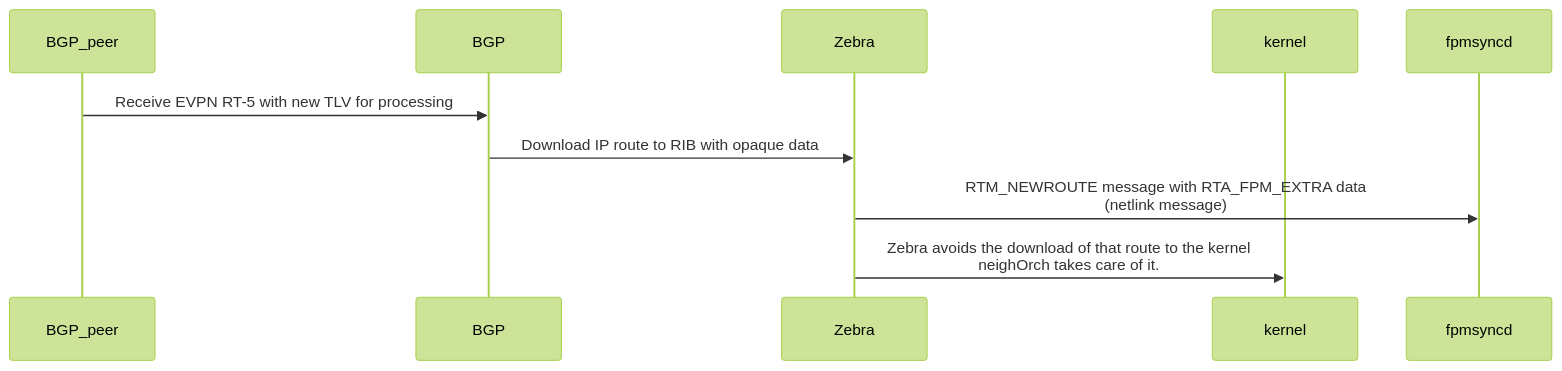
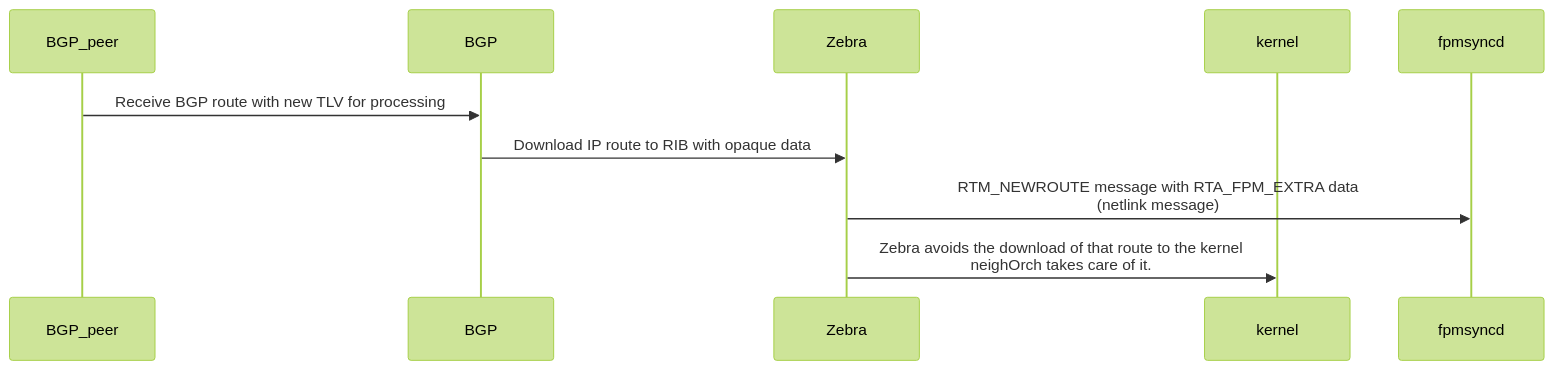
One commit to sonic-net/SONiC changed the second of 3 diagrams in doc/voq/dynamic_host_hld.md. Above: the diagram before and after it, drawn with Mermaid (forest theme). The commit also changed other lines of this file, not shown here.

````diff
--- a/doc/voq/dynamic_host_hld.md
+++ b/doc/voq/dynamic_host_hld.md
@@ -434,13 +396,13 @@
 ```mermaid
 sequenceDiagram
   participant BGP_peer
   participant BGP
   participant Zebra
   participant kernel
   participant fpmsyncd
 
-BGP_peer ->> BGP: Receive EVPN RT-5 with new TLV for processing
+BGP_peer ->> BGP: Receive BGP route with new TLV for processing
 BGP ->> Zebra: Download IP route to RIB with opaque data
 Zebra ->> fpmsyncd: RTM_NEWROUTE message with RTA_FPM_EXTRA data <br/>(netlink message)
 Zebra ->> kernel: Zebra avoids the download of that route to the kernel <br/>neighOrch takes care of it.
 ```
````
